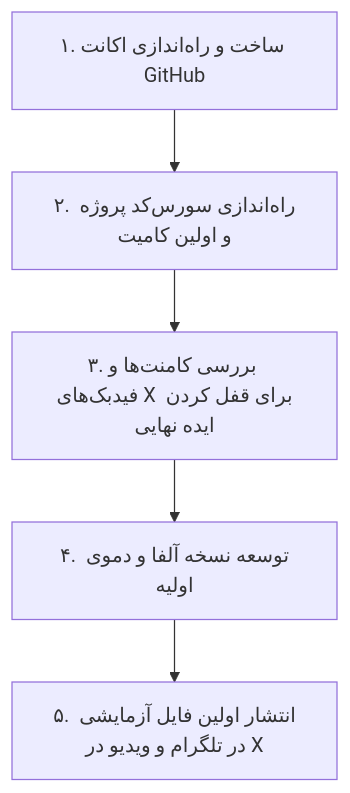
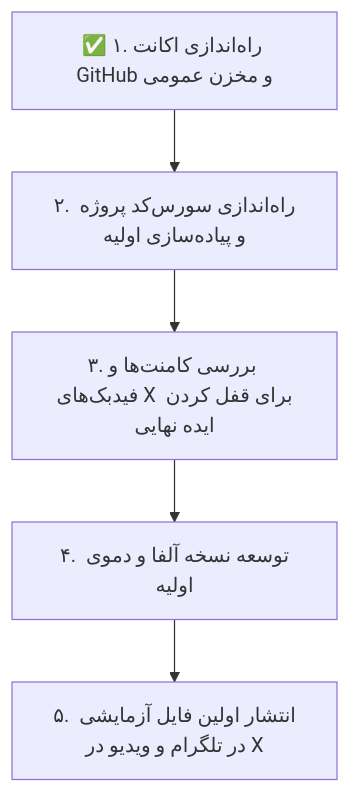
The diagram in docs/PROJECT_HISTORY.md (mrbuilder-dev/30day-app-challenge), drawn with Mermaid before and after one commit. The commit also changed other lines of this file, not shown here.

Commit message:
docs: update milestone progress - GitHub setup completed

````diff
--- a/docs/PROJECT_HISTORY.md
+++ b/docs/PROJECT_HISTORY.md
@@ -79,7 +79,7 @@
 ```mermaid
 flowchart TD
-    G[۱. ساخت و راه‌اندازی اکانت GitHub] --> C[۲. راه‌اندازی سورس‌کد پروژه و اولین کامیت]
+    G[✅ ۱. راه‌اندازی اکانت GitHub و مخزن عمومی] --> C[۲. راه‌اندازی سورس‌کد پروژه و پیاده‌سازی اولیه]
     C --> V[۳. بررسی کامنت‌ها و فیدبک‌های X برای قفل کردن ایده نهایی]
     V --> B[۴. توسعه نسخه آلفا و دموی اولیه]
     B --> T[۵. انتشار اولین فایل آزمایشی در تلگرام و ویدیو در X]
 ```
````
